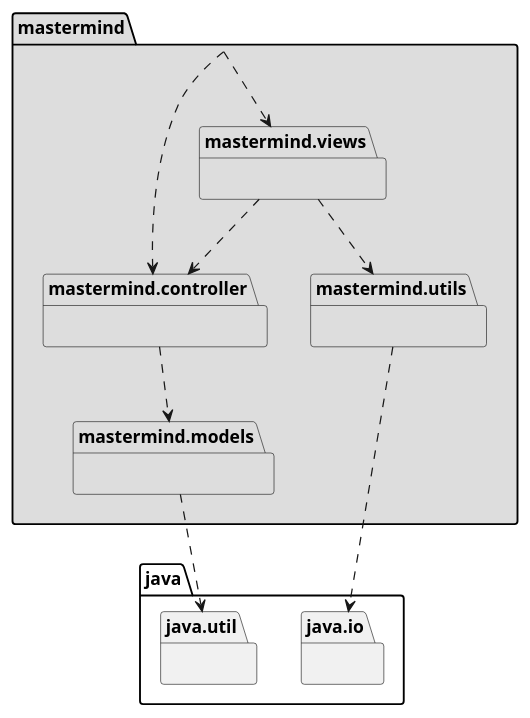
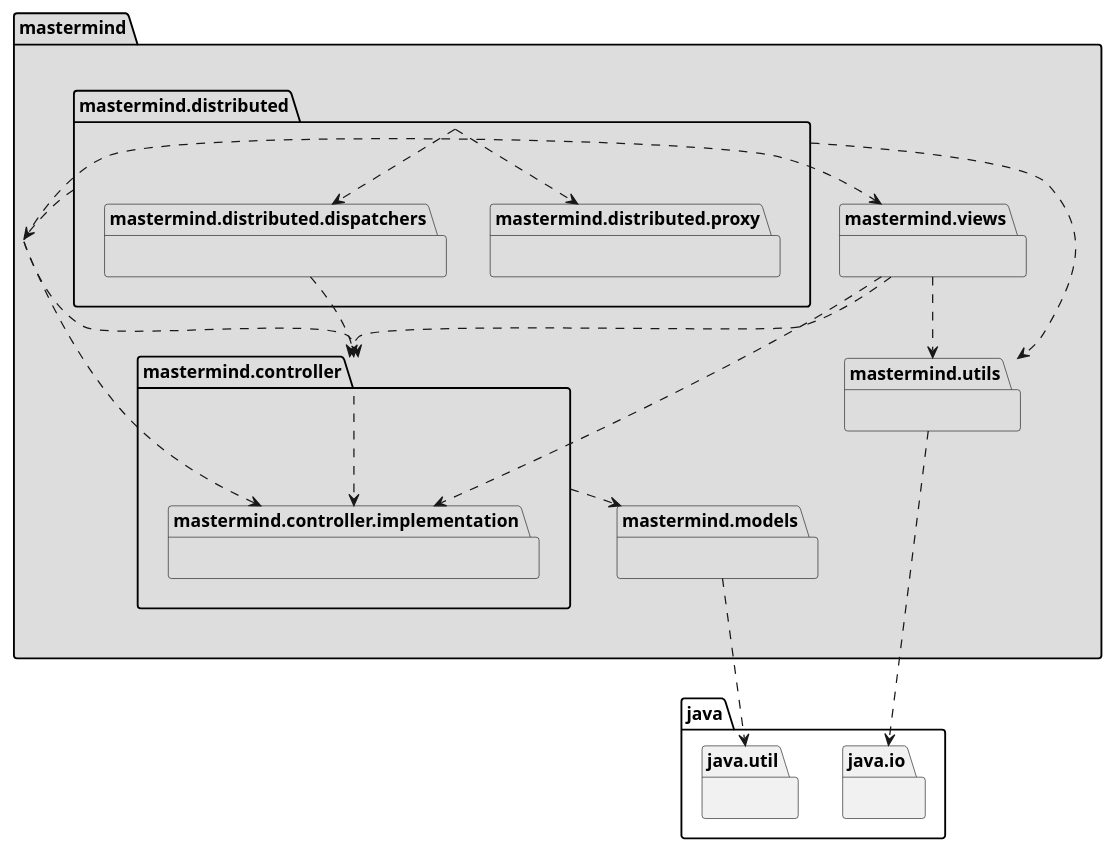
The diagram in docs/uml/MasterMindArquitecture.puml (TheMercuryBeat/MasterMind), drawn with PlantUML before and after one commit. The commit also changed 15 other files, not shown here.

Commit message:
[uml] Update uml diagrams

```diff
--- a/docs/uml/MasterMindArquitecture.puml
+++ b/docs/uml/MasterMindArquitecture.puml
@@ -1,19 +1,32 @@
 @startuml
 
     package mastermind #DDDDDD { }
     package mastermind.models #DDDDDD { }
     package mastermind.controller #DDDDDD{ }
+    package mastermind.controller.implementation #DDDDDD{ }
+    package mastermind.distributed #DDDDDD{ }
+    package mastermind.distributed.proxy #DDDDDD{ }
+    package mastermind.distributed.dispatchers #DDDDDD{ }
     package mastermind.views #DDDDDD { }
     package mastermind.utils #DDDDDD { }
     package java.util{ }
     package java.io{ }
 
     mastermind .down.> mastermind.controller
+    mastermind .down.> mastermind.controller.implementation
     mastermind .down.> mastermind.views
+
     mastermind.controller .down.> mastermind.models
+    mastermind.controller .down.> mastermind.controller.implementation
+    mastermind.distributed .down.> mastermind.distributed.proxy
+    mastermind.distributed .down.> mastermind.distributed.dispatchers
+    mastermind.distributed .down.> mastermind
+    mastermind.distributed .down.> mastermind.utils
+    mastermind.distributed.dispatchers .down.> mastermind.controller
     mastermind.views .down.> mastermind.controller
+    mastermind.views .down.> mastermind.controller.implementation
     mastermind.views .down.> mastermind.utils
     mastermind.models .down.> java.util
     mastermind.utils .down.> java.io
 
 @enduml
```
